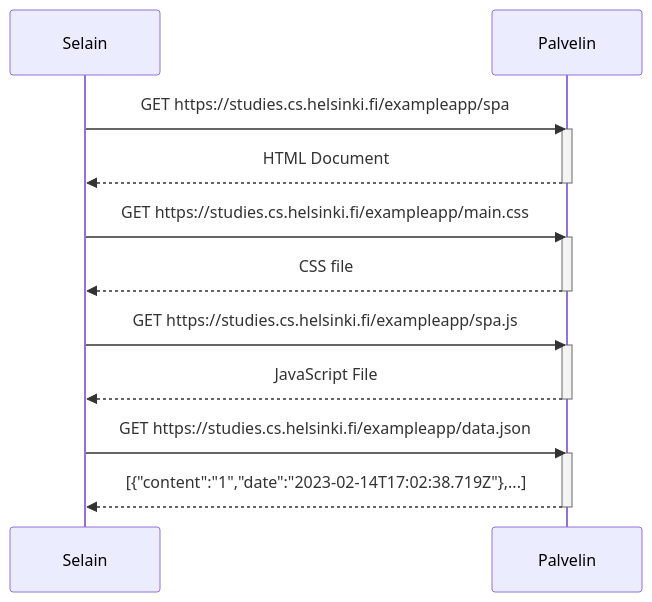
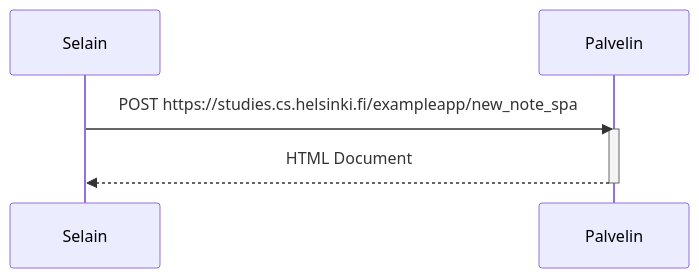
One commit to TeekkariTeemu/fullstack changed the diagram in Osa0/6.md. Above: the diagram before and after it, drawn with Mermaid.

````diff
--- a/Osa0/6.md
+++ b/Osa0/6.md
@@ -1,21 +1,9 @@
 ```mermaid
 sequenceDiagram
     participant Selain
     participant Palvelin
-    Selain->>Palvelin: GET https://studies.cs.helsinki.fi/exampleapp/spa
+    Selain->>Palvelin: POST https://studies.cs.helsinki.fi/exampleapp/new_note_spa
     activate Palvelin
     Palvelin-->>Selain: HTML Document
     deactivate Palvelin
-    Selain->>Palvelin: GET https://studies.cs.helsinki.fi/exampleapp/main.css
-    activate Palvelin
-    Palvelin-->>Selain: CSS file
-    deactivate Palvelin
-    Selain->>Palvelin: GET https://studies.cs.helsinki.fi/exampleapp/spa.js
-    activate Palvelin
-    Palvelin-->>Selain: JavaScript File
-    deactivate Palvelin
-    Selain->>Palvelin: GET https://studies.cs.helsinki.fi/exampleapp/data.json
-    activate Palvelin
-    Palvelin-->>Selain: [{"content":"1","date":"2023-02-14T17:02:38.719Z"},...]
-    deactivate Palvelin
 ```
````
